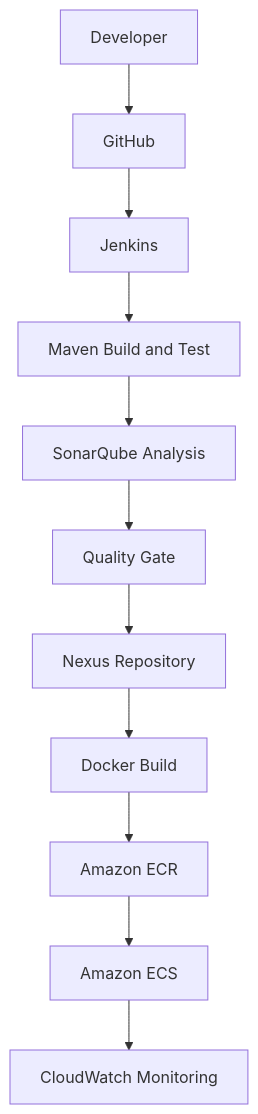
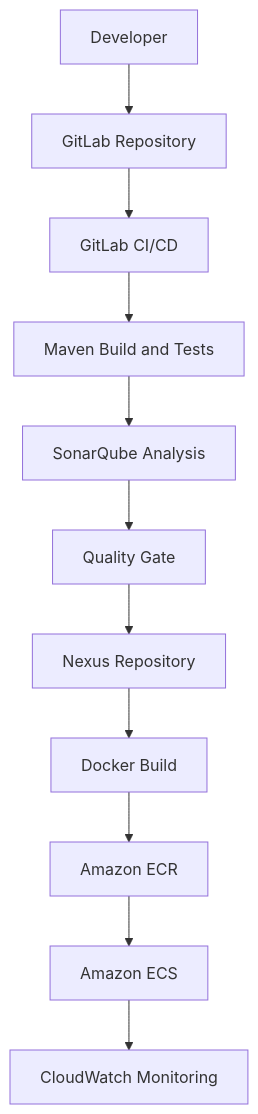
One commit to Macsigalla/dev-automation changed the diagram in README.md. Above: the diagram before and after it, drawn with Mermaid. The commit also changed other lines of this file and 12 other files, not shown here.

Commit message:
chore: migrate project from Jenkins to GitLab CI/CD

````diff
--- a/README.md
+++ b/README.md
@@ -32,13 +32,13 @@
 ```mermaid
 flowchart TD
-    A[Developer] --> B[GitHub]
-    B --> C[Jenkins]
-    C --> D[Maven Build and Test]
+    A[Developer] --> B[GitLab Repository]
+    B --> C[GitLab CI/CD]
+    C --> D[Maven Build and Tests]
     D --> E[SonarQube Analysis]
     E --> F[Quality Gate]
     F --> G[Nexus Repository]
     G --> H[Docker Build]
     H --> I[Amazon ECR]
     I --> J[Amazon ECS]
     J --> K[CloudWatch Monitoring]
 ```
````
